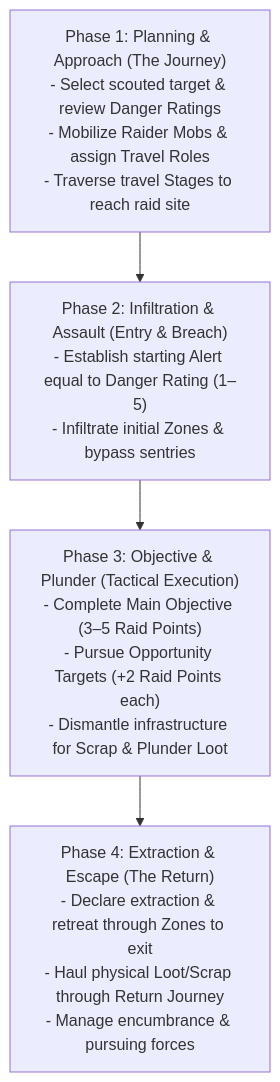
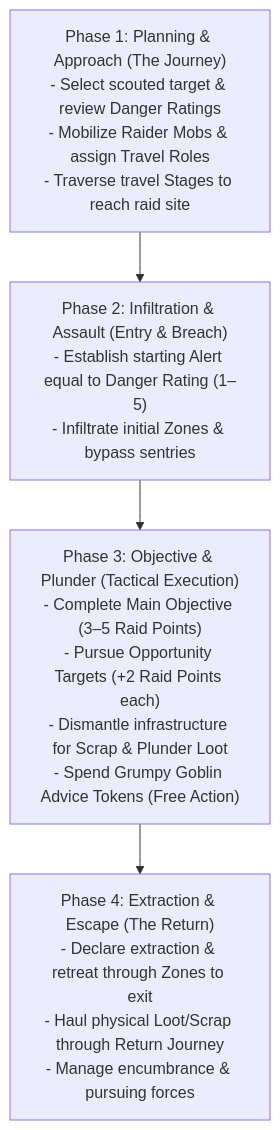
Before and after one commit to antedev/gobbos: the diagram in 02_PROD_Core_Rules/09_The_Raid_Loop.md, drawn with Mermaid. The commit also changed other lines of this file and 2 other files, not shown here.

Commit message:
feat(progression): codify 6-20 Stat Sum scale, XP Rubber Band, Grumpy Goblin advice, and Going Nuclear into PROD

````diff
--- a/02_PROD_Core_Rules/09_The_Raid_Loop.md
+++ b/02_PROD_Core_Rules/09_The_Raid_Loop.md
@@ -11,6 +11,6 @@
 ```mermaid
 flowchart TD
     P1["Phase 1: Planning & Approach (The Journey)<br>- Select scouted target & review Danger Ratings<br>- Mobilize Raider Mobs & assign Travel Roles<br>- Traverse travel Stages to reach raid site"] --> P2["Phase 2: Infiltration & Assault (Entry & Breach)<br>- Establish starting Alert equal to Danger Rating (1–5)<br>- Infiltrate initial Zones & bypass sentries"]
-    P2 --> P3["Phase 3: Objective & Plunder (Tactical Execution)<br>- Complete Main Objective (3–5 Raid Points)<br>- Pursue Opportunity Targets (+2 Raid Points each)<br>- Dismantle infrastructure for Scrap & Plunder Loot"]
+    P2 --> P3["Phase 3: Objective & Plunder (Tactical Execution)<br>- Complete Main Objective (3–5 Raid Points)<br>- Pursue Opportunity Targets (+2 Raid Points each)<br>- Dismantle infrastructure for Scrap & Plunder Loot<br>- Spend Grumpy Goblin Advice Tokens (Free Action)"]
     P3 --> P4["Phase 4: Extraction & Escape (The Return)<br>- Declare extraction & retreat through Zones to exit<br>- Haul physical Loot/Scrap through Return Journey<br>- Manage encumbrance & pursuing forces"]
 ```
````
